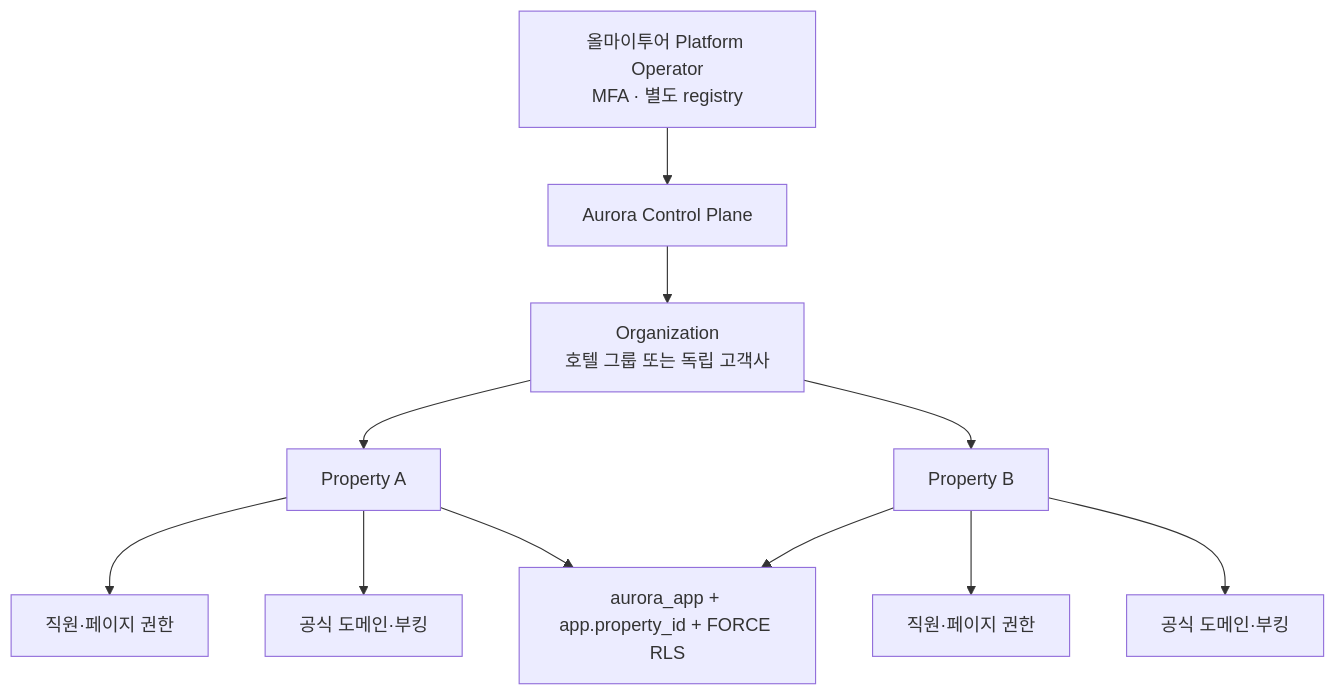
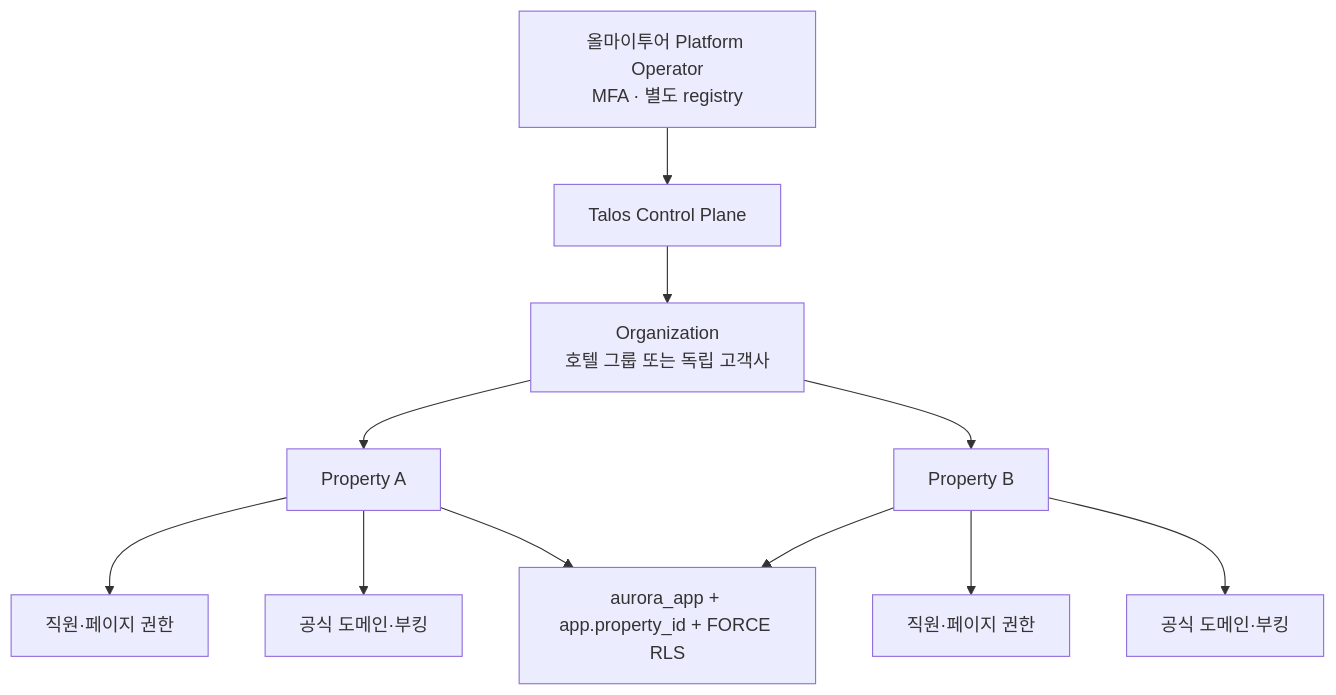
One commit to sksmsrkk-glitch/Aurora_PMS changed the first of 2 diagrams in docs/multihotel-saas.md. Above: the diagram before and after it, drawn with Mermaid. The commit also changed other lines of this file and 65 other files, not shown here.

Commit message:
Rebrand Aurora PMS as Talos PMS (#25)

````diff
--- a/docs/multihotel-saas.md
+++ b/docs/multihotel-saas.md
@@ -7,13 +7,13 @@
 ```mermaid
 flowchart TD
-  Operator["올마이투어 Platform Operator\nMFA · 별도 registry"] --> Control["Aurora Control Plane"]
+  Operator["올마이투어 Platform Operator\nMFA · 별도 registry"] --> Control["Talos Control Plane"]
   Org["Organization\n호텔 그룹 또는 독립 고객사"] --> P1["Property A"]
   Org --> P2["Property B"]
   P1 --> Staff1["직원·페이지 권한"]
   P2 --> Staff2["직원·페이지 권한"]
   P1 --> Domain1["공식 도메인·부킹"]
   P2 --> Domain2["공식 도메인·부킹"]
   Control --> Org
   P1 --> RLS["aurora_app + app.property_id + FORCE RLS"]
   P2 --> RLS
 ```
````
